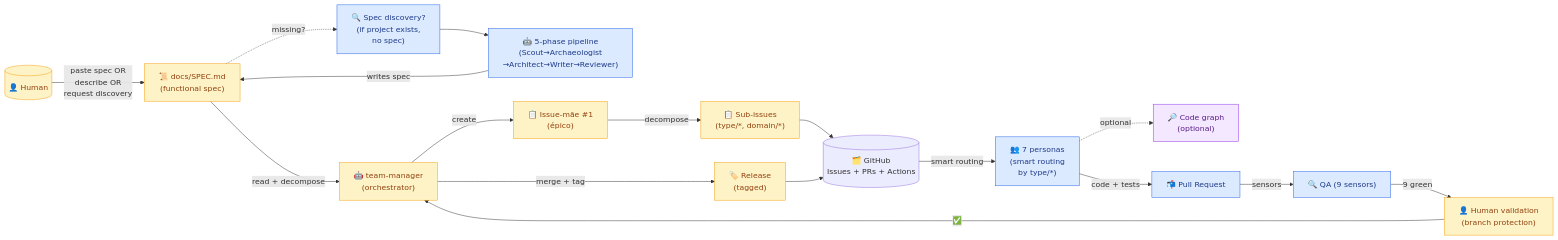
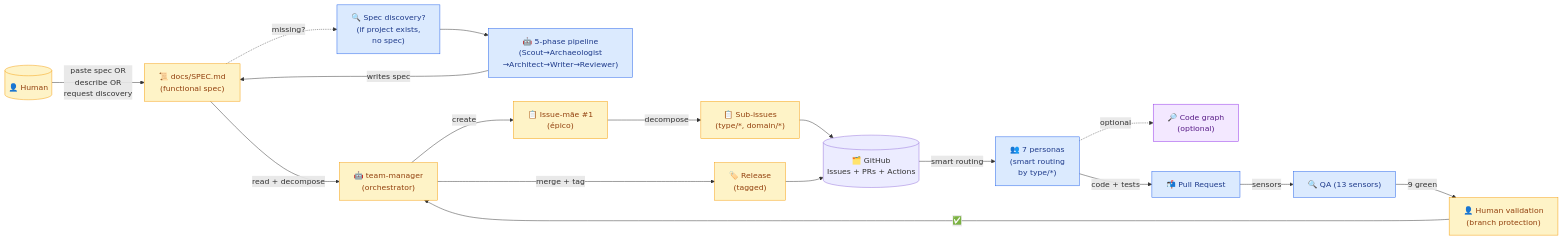
One commit to brenonaraujo/git-meta-harness changed the first of 6 diagrams in README.md. Above: the diagram before and after it, drawn with Mermaid. The commit also changed other lines of this file, not shown here.

First line of the commit message:
docs(readme): update for v1.13.0 (27 releases, 13 sensors, 24 invariants)

````diff
--- a/README.md
+++ b/README.md
@@ -41,43 +56,43 @@
 ```mermaid
 flowchart LR
     H[("👤 Human")]
     SPEC["📜 docs/SPEC.md<br/>(functional spec)"]
     DISCOVER["🔍 Spec discovery?<br/>(if project exists,<br/>no spec)"]
     REVERSA["🤖 5-phase pipeline<br/>(Scout→Archaeologist<br/>→Architect→Writer→Reviewer)"]
     TM["🤖 team-manager<br/>(orchestrator)"]
     EPIC["📋 Issue-mãe #1<br/>(épico)"]
     SUB["📋 Sub-issues<br/>(type/*, domain/*)"]
     GH[("🗂️ GitHub<br/>Issues + PRs + Actions")]
     P["👥 7 personas<br/>(smart routing<br/>by type/*)"]
     CG["🔎 Code graph<br/>(optional)"]
     PR["📬 Pull Request"]
-    QA["🔍 QA (9 sensors)"]
+    QA["🔍 QA (13 sensors)"]
     HVAL["👤 Human validation<br/>(branch protection)"]
     REL["🏷️ Release<br/>(tagged)"]
 
     H -->|"paste spec OR<br/>describe OR<br/>request discovery"| SPEC
     SPEC -.->|"missing?"| DISCOVER
     DISCOVER --> REVERSA
     REVERSA -->|"writes spec"| SPEC
     SPEC -->|"read + decompose"| TM
     TM -->|"create"| EPIC
     EPIC -->|"decompose"| SUB
     SUB --> GH
     GH -->|"smart routing"| P
     P -.->|"optional"| CG
     P -->|"code + tests"| PR
     PR -->|"sensors"| QA
     QA -->|"9 green"| HVAL
     HVAL -->|"✅"| TM
     TM -->|"merge + tag"| REL
     REL --> GH
 
     classDef user fill:#fef3c7,stroke:#f59e0b,color:#92400e
     classDef tm fill:#fef3c7,stroke:#f59e0b,color:#92400e
     classDef data fill:#f3e8ff,stroke:#9333ea,color:#581c87
     classDef tools fill:#dbeafe,stroke:#2563eb,color:#1e3a8a
     class H,SPEC,HVAL user
     class TM,EPIC,SUB,REL tm
     class DISCOVER,REVERSA,P,PR,QA tools
     class CG data
 ```
````
